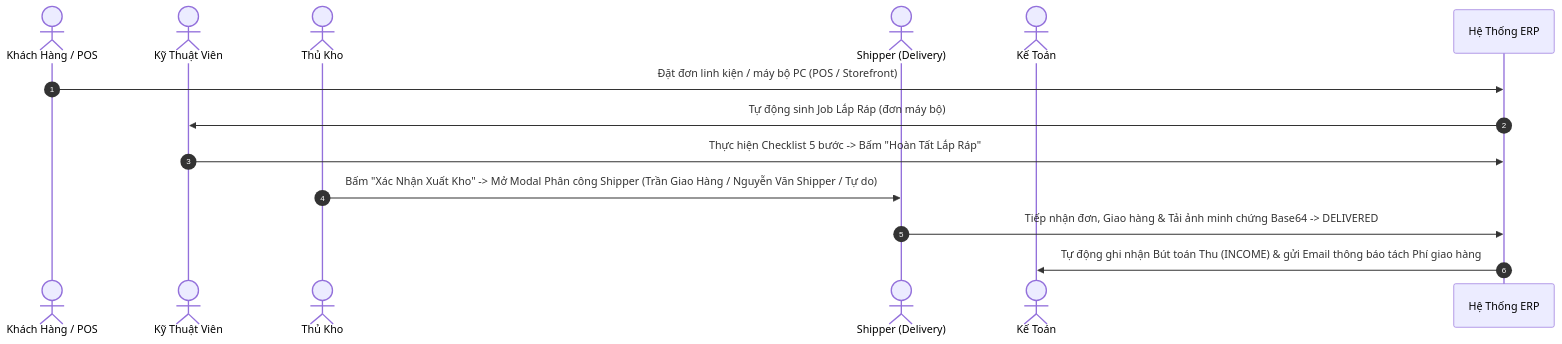
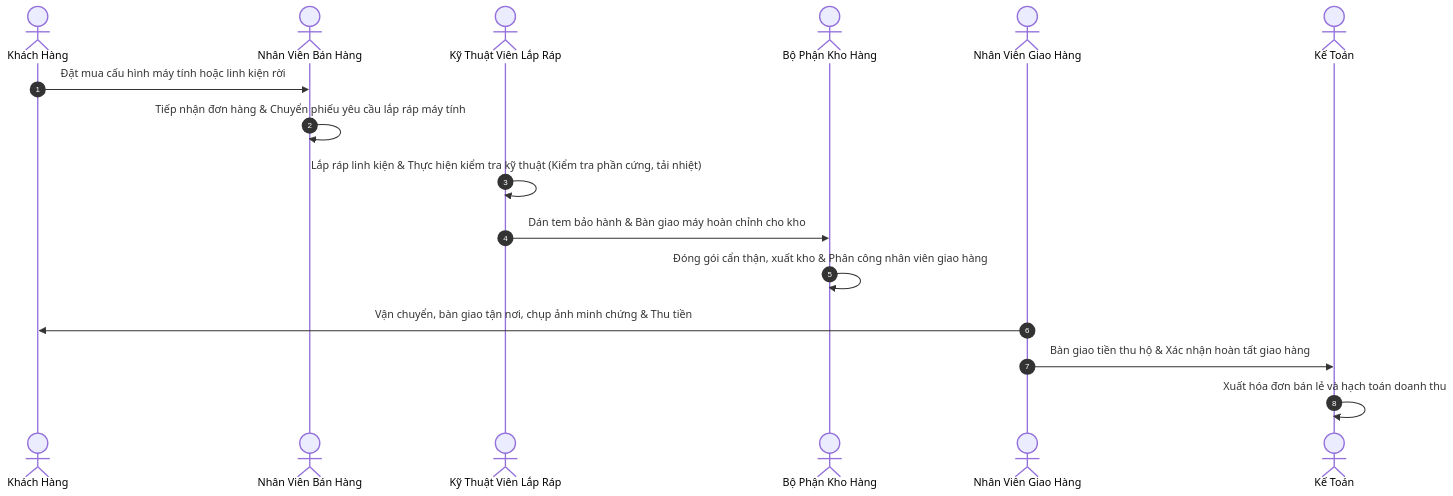
One commit to CauBeHayBun/KLTN_ERP changed the second of 2 diagrams in README.md. Above: the diagram before and after it, drawn with Mermaid. The commit also changed other lines of this file and 11 other files, not shown here.

````diff
--- a/README.md
+++ b/README.md
@@ -156,16 +107,19 @@
 ```mermaid
 sequenceDiagram
     autonumber
-    actor Khách Hàng / POS
-    actor Kỹ Thuật Viên
-    actor Thủ Kho
-    actor Shipper (Delivery)
-    actor Kế Toán
+    actor K as Khách Hàng
+    actor S as Nhân Viên Bán Hàng
+    actor T as Kỹ Thuật Viên Lắp Ráp
+    actor W as Bộ Phận Kho Hàng
+    actor D as Nhân Viên Giao Hàng
+    actor A as Kế Toán
 
-    Khách Hàng / POS->>Hệ Thống ERP: Đặt đơn linh kiện / máy bộ PC (POS / Storefront)
-    Hệ Thống ERP->>Kỹ Thuật Viên: Tự động sinh Job Lắp Ráp (đơn máy bộ)
-    Kỹ Thuật Viên->>Hệ Thống ERP: Thực hiện Checklist 5 bước -> Bấm "Hoàn Tất Lắp Ráp"
-    Thủ Kho->>Shipper (Delivery): Bấm "Xác Nhận Xuất Kho" -> Mở Modal Phân công Shipper (Trần Giao Hàng / Nguyễn Văn Shipper / Tự do)
-    Shipper (Delivery)->>Hệ Thống ERP: Tiếp nhận đơn, Giao hàng & Tải ảnh minh chứng Base64 -> DELIVERED
-    Hệ Thống ERP->>Kế Toán: Tự động ghi nhận Bút toán Thu (INCOME) & gửi Email thông báo tách Phí giao hàng
+    K->>S: Đặt mua cấu hình máy tính hoặc linh kiện rời
+    S->>S: Tiếp nhận đơn hàng & Chuyển phiếu yêu cầu lắp ráp máy tính
+    T->>T: Lắp ráp linh kiện & Thực hiện kiểm tra kỹ thuật (Kiểm tra phần cứng, tải nhiệt)
+    T->>W: Dán tem bảo hành & Bàn giao máy hoàn chỉnh cho kho
+    W->>W: Đóng gói cẩn thận, xuất kho & Phân công nhân viên giao hàng
+    D->>K: Vận chuyển, bàn giao tận nơi, chụp ảnh minh chứng & Thu tiền
+    D->>A: Bàn giao tiền thu hộ & Xác nhận hoàn tất giao hàng
+    A->>A: Xuất hóa đơn bán lẻ và hạch toán doanh thu
 ```
````
